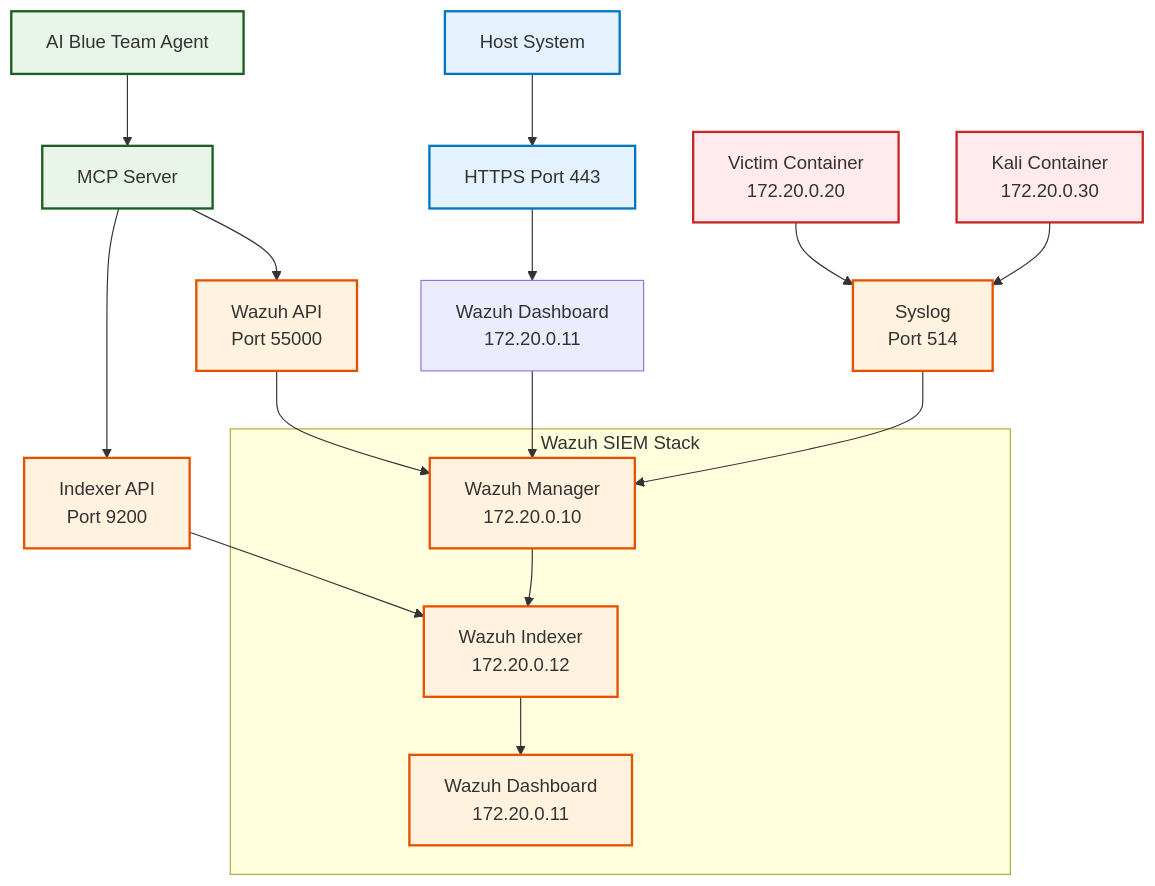
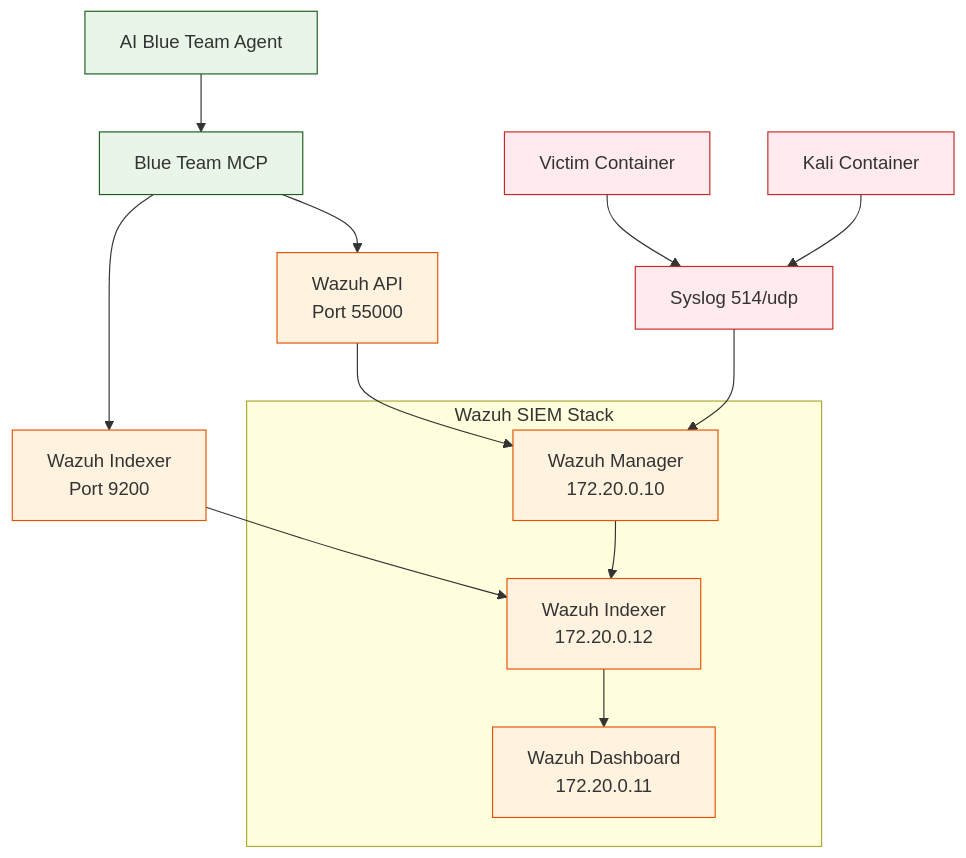
The diagram in docs/components/wazuh-blueteam.md (PaloAltoNetworks/shifter), drawn with Mermaid before and after one commit. The commit also changed other lines of this file and 1 other file, not shown here.

Commit message:
add: Blue team MCP design

````diff
--- a/docs/components/wazuh-blueteam.md
+++ b/docs/components/wazuh-blueteam.md
@@ -20,35 +20,29 @@
 ```mermaid
 flowchart TD
-    A[Host System] --> B[HTTPS Port 443]
-    B --> C[Wazuh Dashboard<br/>172.20.0.11]
+    A[AI Blue Team Agent] --> B[Blue Team MCP]
+    B --> C[Wazuh API<br/>Port 55000]
+    B --> D[Wazuh Indexer<br/>Port 9200]
     
     subgraph "Wazuh SIEM Stack"
-        D[Wazuh Manager<br/>172.20.0.10]
-        E[Wazuh Indexer<br/>172.20.0.12]
-        F[Wazuh Dashboard<br/>172.20.0.11]
+        E[Wazuh Manager<br/>172.20.0.10]
+        F[Wazuh Indexer<br/>172.20.0.12] 
+        G[Wazuh Dashboard<br/>172.20.0.11]
     end
     
-    C --> D
-    D --> E
+    C --> E
+    D --> F
     E --> F
+    F --> G
     
-    G[AI Blue Team Agent] --> H[MCP Server]
-    H --> I[Wazuh API<br/>Port 55000]
-    H --> J[Indexer API<br/>Port 9200]
-    I --> D
-    J --> E
+    H[Victim Container] --> I[Syslog 514/udp]
+    J[Kali Container] --> I
+    I --> E
     
-    K[Victim Container<br/>172.20.0.20] --> L[Syslog<br/>Port 514]
-    M[Kali Container<br/>172.20.0.30] --> L
-    L --> D
+    classDef ai fill:#e8f5e8,stroke:#1b5e20
+    classDef wazuh fill:#fff3e0,stroke:#e65100
+    classDef logs fill:#ffebee,stroke:#c62828
     
-    classDef wazuh fill:#fff3e0,stroke:#e65100,stroke-width:2px
-    classDef ai fill:#e8f5e8,stroke:#1b5e20,stroke-width:2px
-    classDef sources fill:#ffebee,stroke:#c62828,stroke-width:2px
-    classDef external fill:#e3f2fd,stroke:#0277bd,stroke-width:2px
-    
-    class D,E,F,I,J,L wazuh
-    class G,H ai
-    class K,M sources
-    class A,B external
+    class A,B ai
+    class C,D,E,F,G wazuh
+    class H,I,J logs
 ```
````
